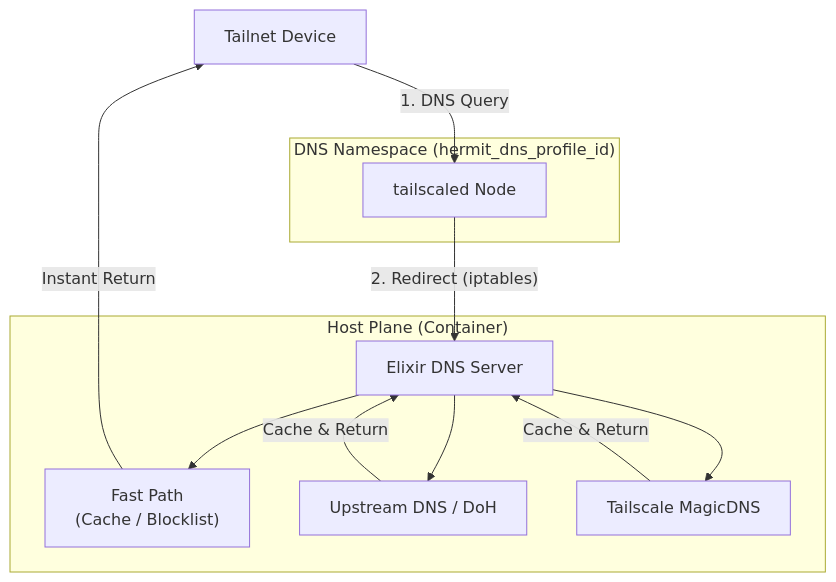
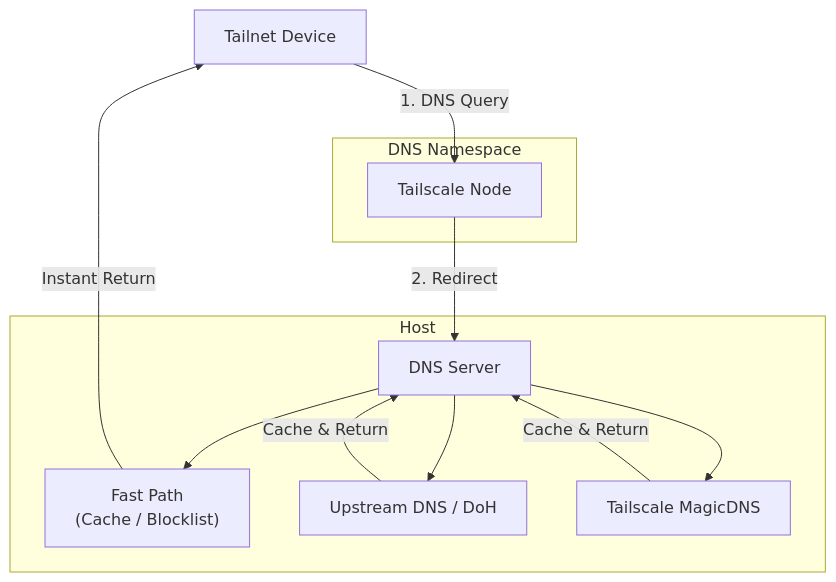
One commit to quaywin/hermit changed the second of 2 diagrams in README.md. Above: the diagram before and after it, drawn with Mermaid. The commit also changed other lines of this file and 10 other files, not shown here.

````diff
--- a/README.md
+++ b/README.md
@@ -41,24 +40,24 @@
 ```mermaid
 flowchart TD
     Client["Tailnet Device"] -->|"1. DNS Query"| TS
 
-    subgraph DNS_NS["DNS Namespace (hermit_dns_profile_id)"]
-        TS["tailscaled Node"]
+    subgraph DNS_NS["DNS Namespace"]
+        TS["Tailscale Node"]
     end
 
-    subgraph Host["Host Plane (Container)"]
-        Server["Elixir DNS Server"]
+    subgraph Host["Host"]
+        Server["DNS Server"]
         Fast["Fast Path<br/>(Cache / Blocklist)"]
         Upstream["Upstream DNS / DoH"]
         Magic["Tailscale MagicDNS"]
     end
 
-    TS -->|"2. Redirect (iptables)"| Server
+    TS -->|"2. Redirect"| Server
     Server --> Fast
     Server --> Upstream
     Server --> Magic
 
     Fast -->|"Instant Return"| Client
     Upstream -->|"Cache & Return"| Server
     Magic -->|"Cache & Return"| Server
 ```
````
